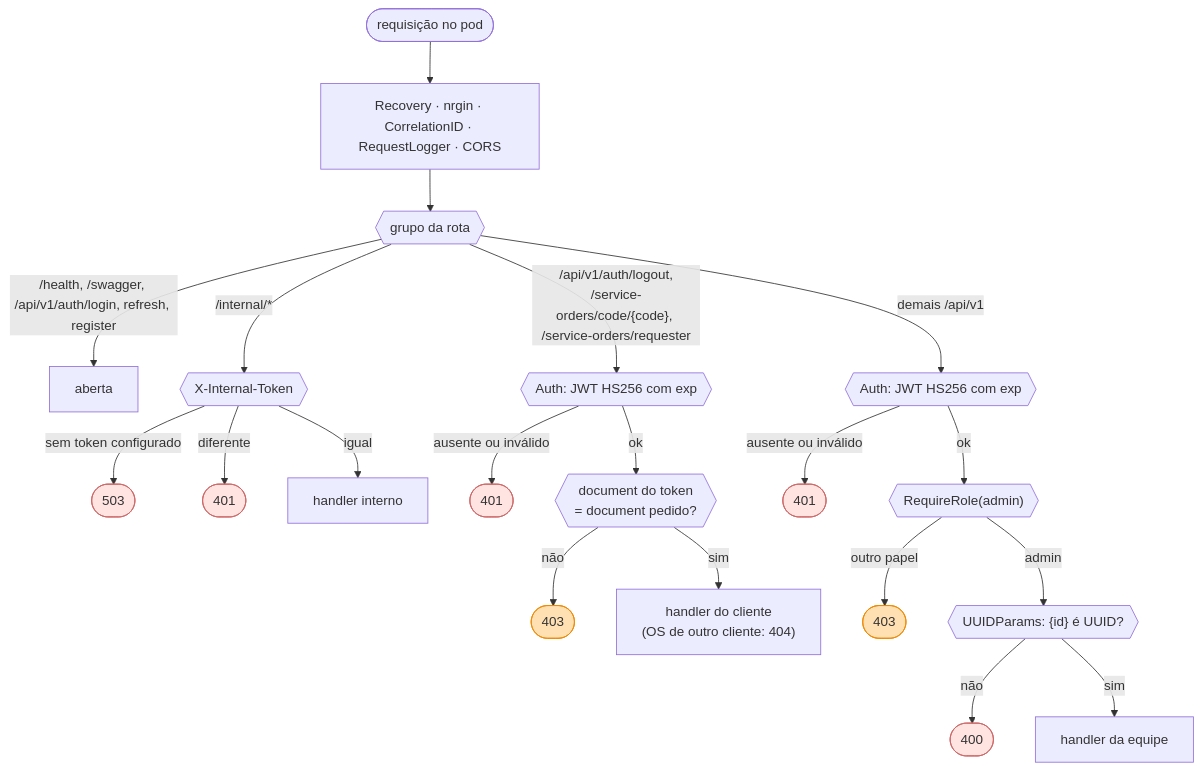
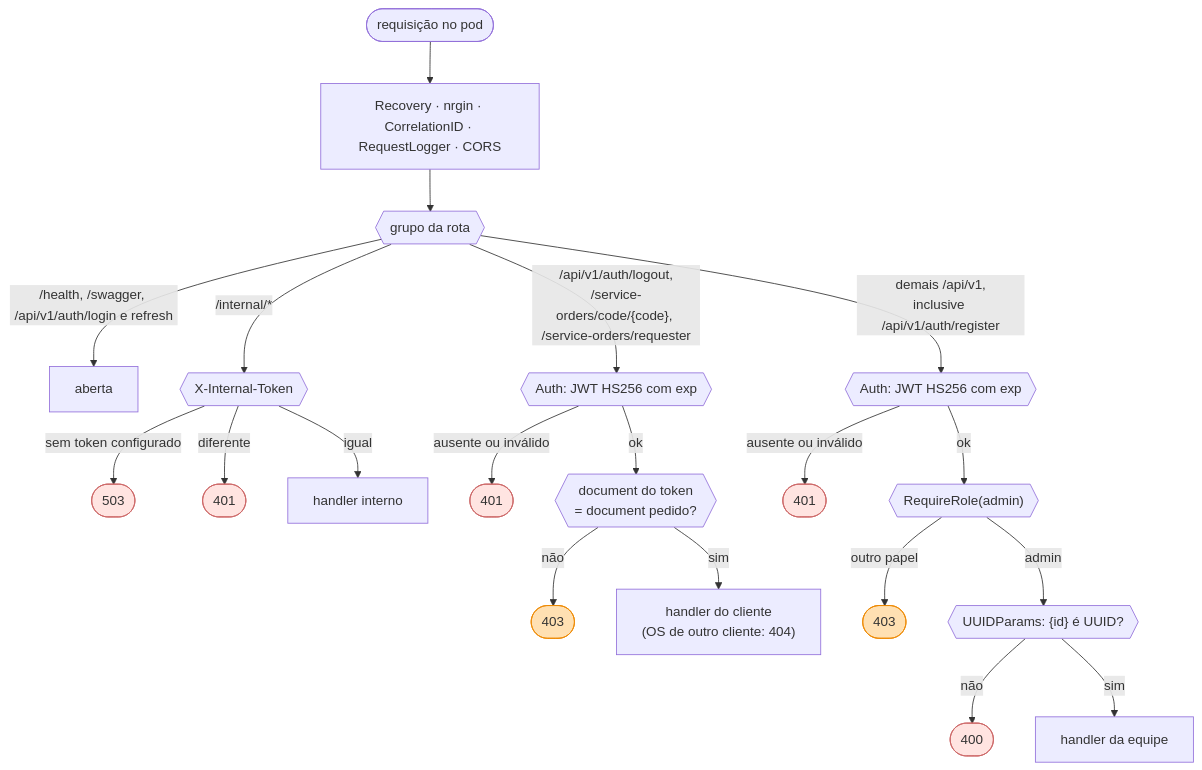
One commit to Kc1t/postech-tc4-os-service changed the second of 3 diagrams in docs/diagrams/roteamento.md. Above: the diagram before and after it, drawn with Mermaid. The commit also changed other lines of this file and 4 other files, not shown here.

````diff
--- a/docs/diagrams/roteamento.md
+++ b/docs/diagrams/roteamento.md
@@ -55,34 +55,34 @@
 ```mermaid
 flowchart TD
     pod(["requisição no pod"]) --> base["Recovery · nrgin · CorrelationID · RequestLogger · CORS"]
     base --> grp{{"grupo da rota"}}
 
-    grp -->|"/health, /swagger, /api/v1/auth/login, refresh, register"| open["aberta"]
+    grp -->|"/health, /swagger, /api/v1/auth/login e refresh"| open["aberta"]
     grp -->|"/internal/*"| tok{{"X-Internal-Token"}}
     grp -->|"/api/v1/auth/logout,<br/>/service-orders/code/{code}, /service-orders/requester"| auth1{{"Auth: JWT HS256 com exp"}}
-    grp -->|"demais /api/v1"| auth2{{"Auth: JWT HS256 com exp"}}
+    grp -->|"demais /api/v1,<br/>inclusive /api/v1/auth/register"| auth2{{"Auth: JWT HS256 com exp"}}
 
     tok -->|"sem token configurado"| r503(["503"])
     tok -->|"diferente"| r401a(["401"])
     tok -->|"igual"| hint["handler interno"]
 
     auth1 -->|"ausente ou inválido"| r401b(["401"])
     auth1 -->|"ok"| posse{{"document do token<br/>= document pedido?"}}
     posse -->|"não"| r403a(["403"])
     posse -->|"sim"| hcli["handler do cliente<br/>(OS de outro cliente: 404)"]
 
     auth2 -->|"ausente ou inválido"| r401c(["401"])
     auth2 -->|"ok"| role{{"RequireRole(admin)"}}
     role -->|"outro papel"| r403b(["403"])
     role -->|"admin"| uuid{{"UUIDParams: {id} é UUID?"}}
     uuid -->|"não"| r400(["400"])
     uuid -->|"sim"| hadm["handler da equipe"]
 
     style r401a fill:#ffe4e1,stroke:#c66
     style r401b fill:#ffe4e1,stroke:#c66
     style r401c fill:#ffe4e1,stroke:#c66
     style r403a fill:#ffe0b2,stroke:#e80
     style r403b fill:#ffe0b2,stroke:#e80
     style r503 fill:#ffe4e1,stroke:#c66
     style r400 fill:#ffe4e1,stroke:#c66
 ```
````
